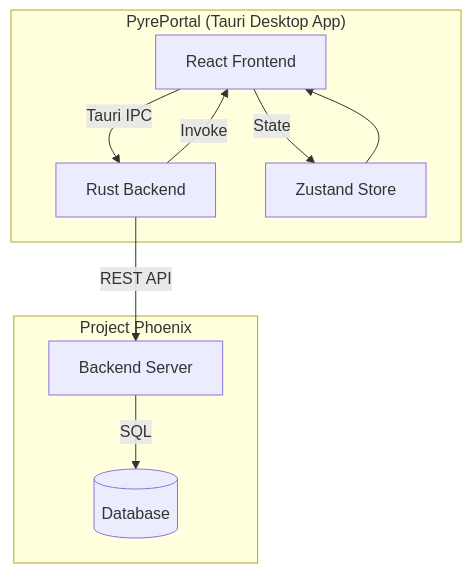
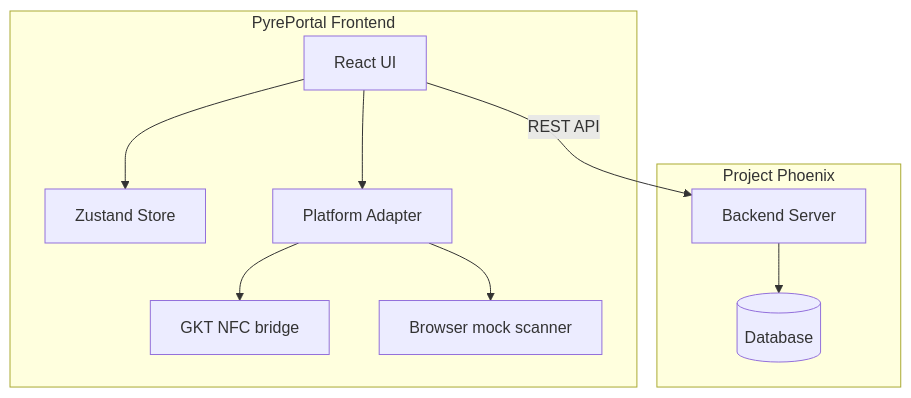
The diagram in README.md (moto-nrw/PyrePortal), drawn with Mermaid before and after one commit. The commit also changed other lines of this file and 12 other files, not shown here.

````diff
--- a/README.md
+++ b/README.md
@@ -30,15 +29,15 @@
 ```mermaid
 flowchart TB
-    subgraph "PyrePortal (Tauri Desktop App)"
-        UI[React Frontend] -->|Tauri IPC| Backend[Rust Backend]
-        Backend -->|Invoke| UI
-        UI -->|State| Store[Zustand Store]
-        Store --> UI
+    subgraph "PyrePortal Frontend"
+        UI[React UI] --> Store[Zustand Store]
+        UI --> Platform[Platform Adapter]
+        Platform --> GKT[GKT NFC bridge]
+        Platform --> Mock[Browser mock scanner]
     end
 
     subgraph "Project Phoenix"
-        Server[Backend Server] -->|SQL| DB[(Database)]
+        Server[Backend Server] --> DB[(Database)]
     end
 
-    Backend -->|REST API| Server
+    UI -->|REST API| Server
 ```
````
